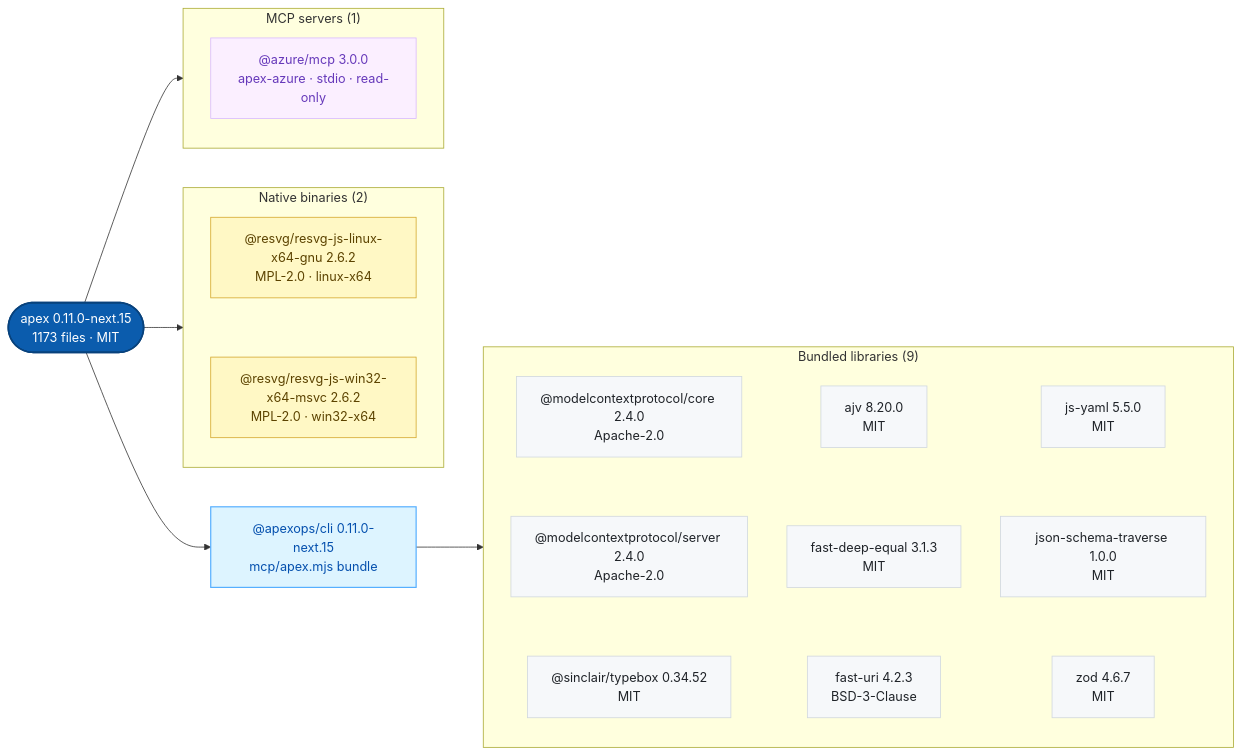
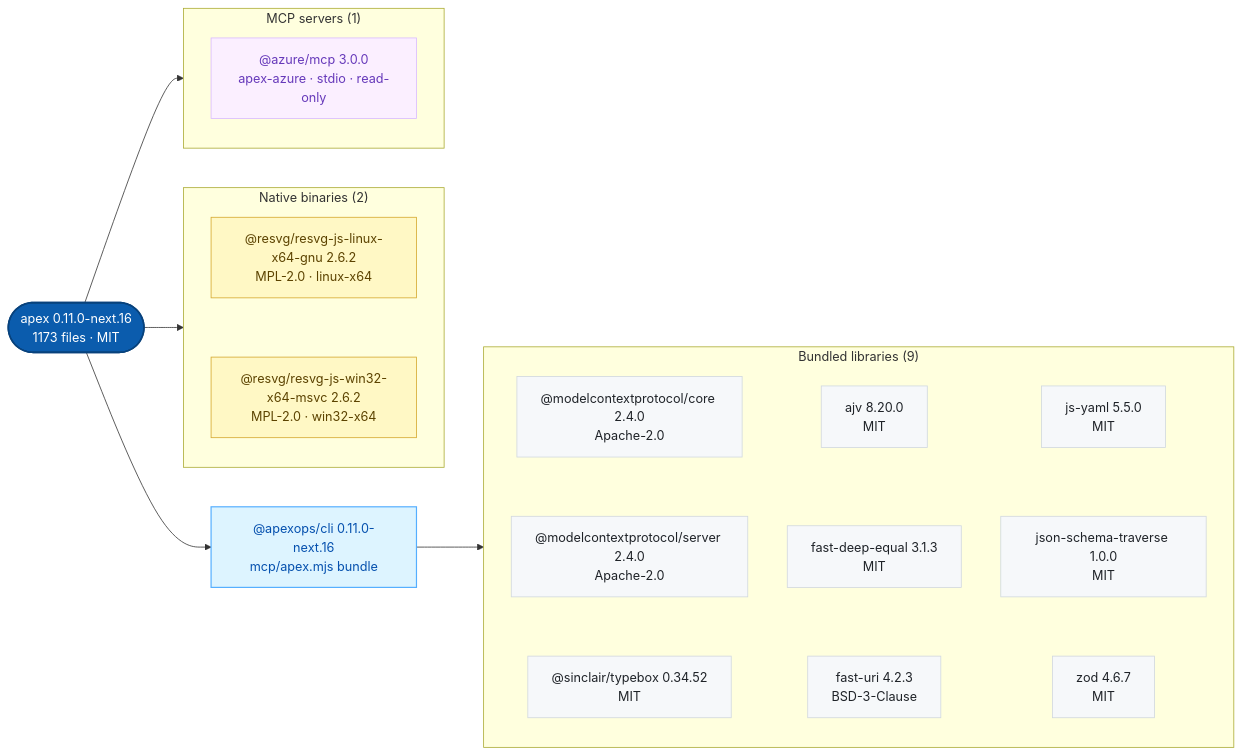
Before and after one commit to jonathan-vella/apex-plugins: the second of 2 diagrams in README.md, drawn with Mermaid. The commit also changed other lines of this file and 19 other files, not shown here.

First line of the commit message:
chore(release): publish apex 0.11.0-next.16 (#20)

````diff
--- a/README.md
+++ b/README.md
@@ -43,41 +43,41 @@
 ```mermaid
 flowchart LR
-    n0(["apex 0.11.0-next.15<br/>1173 files · MIT"])
-    n1["@apexops/cli 0.11.0-next.15<br/>mcp/apex.mjs bundle"]
+    n0(["apex 0.11.0-next.16<br/>1173 files · MIT"])
+    n1["@apexops/cli 0.11.0-next.16<br/>mcp/apex.mjs bundle"]
     subgraph g0["Bundled libraries (9)"]
       n2["@modelcontextprotocol/core 2.4.0<br/>Apache-2.0"]
       n3["@modelcontextprotocol/server 2.4.0<br/>Apache-2.0"]
       n4["@sinclair/typebox 0.34.52<br/>MIT"]
       n5["ajv 8.20.0<br/>MIT"]
       n6["fast-deep-equal 3.1.3<br/>MIT"]
       n7["fast-uri 4.2.3<br/>BSD-3-Clause"]
       n8["js-yaml 5.5.0<br/>MIT"]
       n9["json-schema-traverse 1.0.0<br/>MIT"]
       n10["zod 4.6.7<br/>MIT"]
       n2 ~~~ n3 ~~~ n4
       n5 ~~~ n6 ~~~ n7
       n8 ~~~ n9 ~~~ n10
     end
     subgraph g1["Native binaries (2)"]
       n11["@resvg/resvg-js-linux-x64-gnu 2.6.2<br/>MPL-2.0 · linux-x64"]
       n12["@resvg/resvg-js-win32-x64-msvc 2.6.2<br/>MPL-2.0 · win32-x64"]
       n11 ~~~ n12
     end
     subgraph g2["MCP servers (1)"]
       n13["@azure/mcp 3.0.0<br/>apex-azure · stdio · read-only"]
     end
     n0 --> n1
     n1 --> g0
     n0 --> g1
     n0 --> g2
     classDef plugin fill:#0b5cad,color:#ffffff,stroke:#08427c,stroke-width:2px
     classDef cli fill:#ddf4ff,color:#0550ae,stroke:#54aeff,stroke-width:1.5px
     classDef lib fill:#f6f8fa,color:#1f2328,stroke:#d0d7de
     classDef native fill:#fff8c5,color:#5c4300,stroke:#d4a72c
     classDef service fill:#fbefff,color:#6639ba,stroke:#d8b9ff
     class n0 plugin
     class n1 cli
     class n2,n3,n4,n5,n6,n7,n8,n9,n10 lib
     class n11,n12 native
     class n13 service
 ```
````
